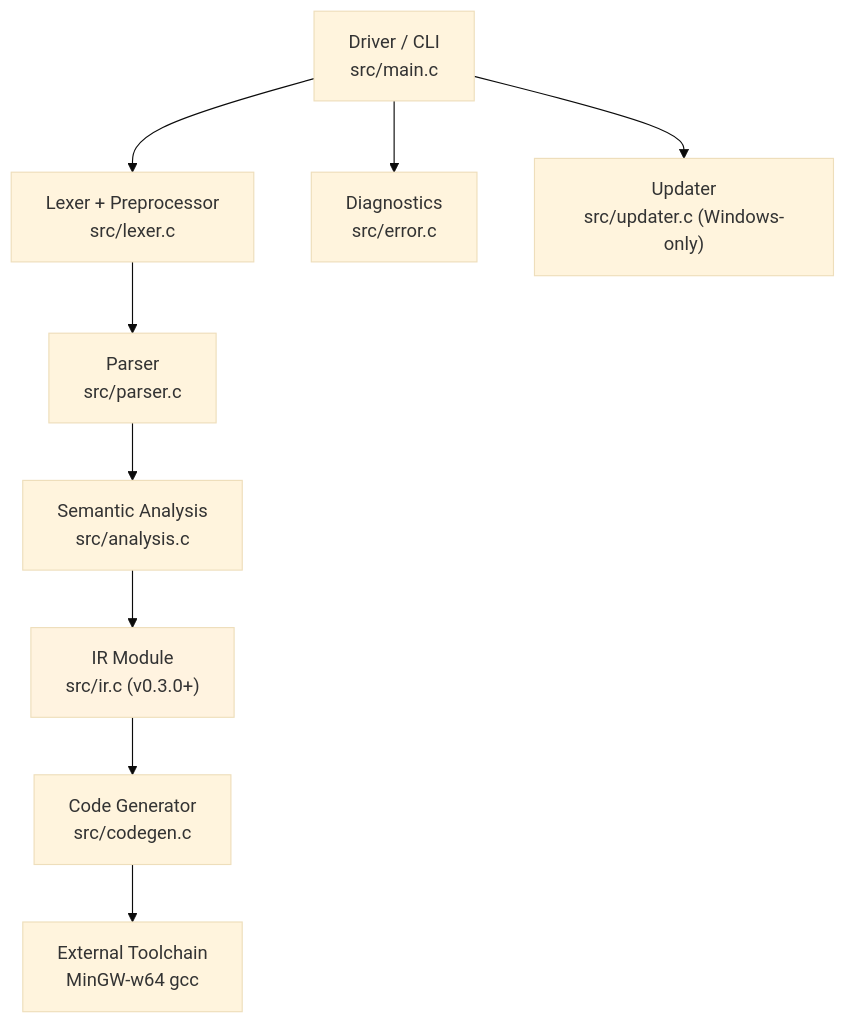
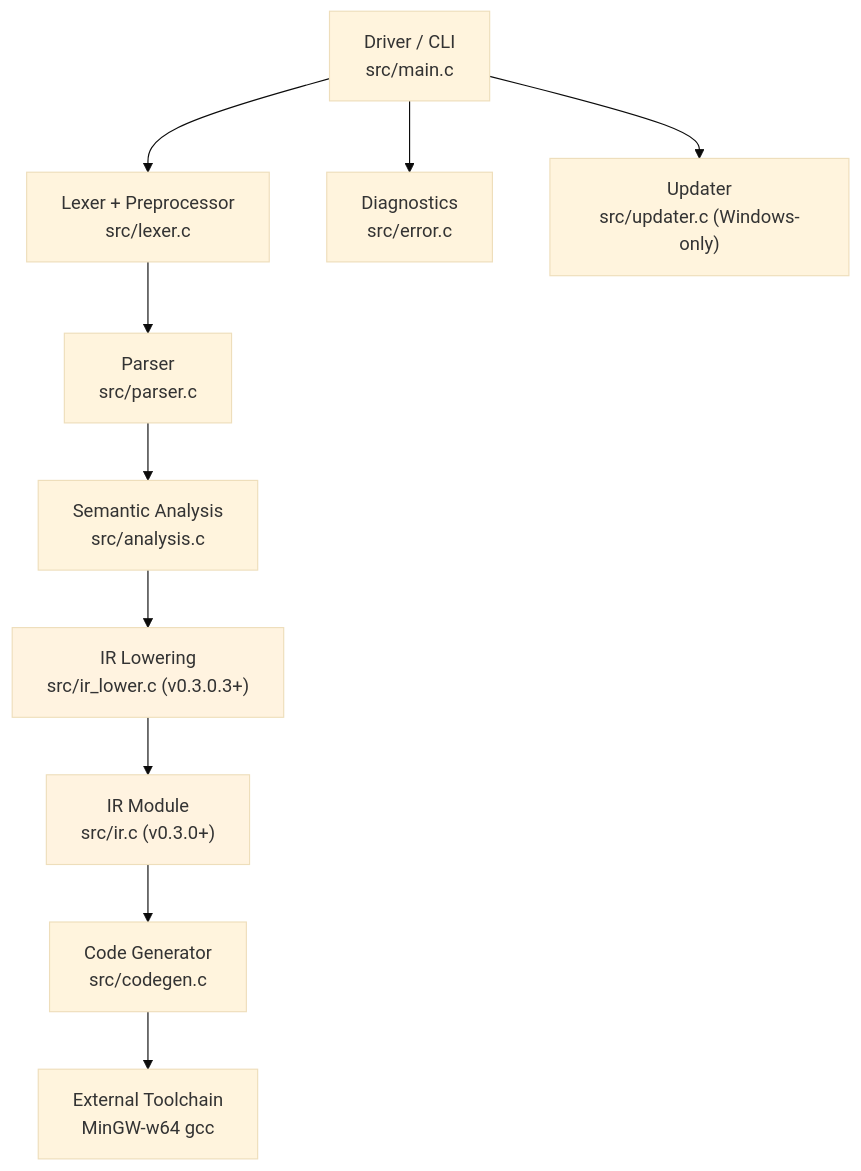
The second of 2 diagrams in docs/INTERNALS.md (OmarAglan/Baa), drawn with Mermaid (base theme) before and after one commit. The commit also changed other lines of this file and 6 other files, not shown here.

````diff
--- a/docs/INTERNALS.md
+++ b/docs/INTERNALS.md
@@ -65,14 +65,16 @@
 ```mermaid
 flowchart TB
     Driver["Driver / CLI\nsrc/main.c"] --> Lexer["Lexer + Preprocessor\nsrc/lexer.c"]
     Lexer --> Parser["Parser\nsrc/parser.c"]
     Parser --> Analyzer["Semantic Analysis\nsrc/analysis.c"]
-    Analyzer --> IR["IR Module\nsrc/ir.c (v0.3.0+)"]
+    Analyzer --> Lower["IR Lowering\nsrc/ir_lower.c (v0.3.0.3+)"]
+    Lower --> IR["IR Module\nsrc/ir.c (v0.3.0+)"]
     IR --> Codegen["Code Generator\nsrc/codegen.c"]
     Codegen --> GCC["External Toolchain\nMinGW-w64 gcc"]
 
     Driver --> Diagnostics["Diagnostics\nsrc/error.c"]
     Driver --> Updater["Updater\nsrc/updater.c (Windows-only)"]
     
+    style Lower fill:#fff3e0
     style IR fill:#fff3e0
 ```
````
